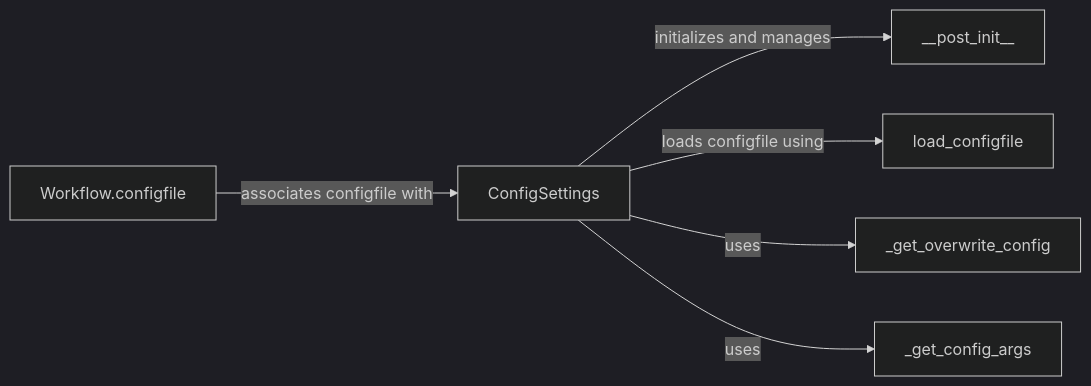
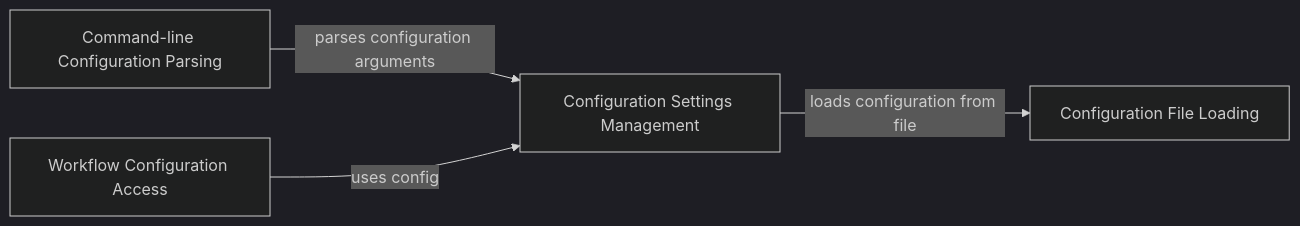
The diagram in snakemake/Configuration Management.md (CodeBoarding/GeneratedOnBoardings), drawn with Mermaid (dark theme) before and after one commit. The commit also changed other lines of this file and 11 other files, not shown here.

````diff
--- a/snakemake/Configuration Management.md
+++ b/snakemake/Configuration Management.md
@@ -1,14 +1,10 @@
 ```mermaid
 graph LR
-    ConfigSettings["ConfigSettings"]
-    load_configfile["load_configfile"]
-    Workflow_configfile["Workflow.configfile"]
-    _get_overwrite_config["_get_overwrite_config"]
-    _get_config_args["_get_config_args"]
-    __post_init__["__post_init__"]
-    ConfigSettings -- "initializes and manages" --> __post_init__
-    ConfigSettings -- "loads configfile using" --> load_configfile
-    ConfigSettings -- "uses" --> _get_overwrite_config
-    ConfigSettings -- "uses" --> _get_config_args
-    Workflow_configfile -- "associates configfile with" --> ConfigSettings
+    Command_line_Configuration_Parsing["Command-line Configuration Parsing"]
+    Configuration_Settings_Management["Configuration Settings Management"]
+    Configuration_File_Loading["Configuration File Loading"]
+    Workflow_Configuration_Access["Workflow Configuration Access"]
+    Command_line_Configuration_Parsing -- "parses configuration arguments" --> Configuration_Settings_Management
+    Configuration_Settings_Management -- "loads configuration from file" --> Configuration_File_Loading
+    Workflow_Configuration_Access -- "uses config" --> Configuration_Settings_Management
 ```
````
